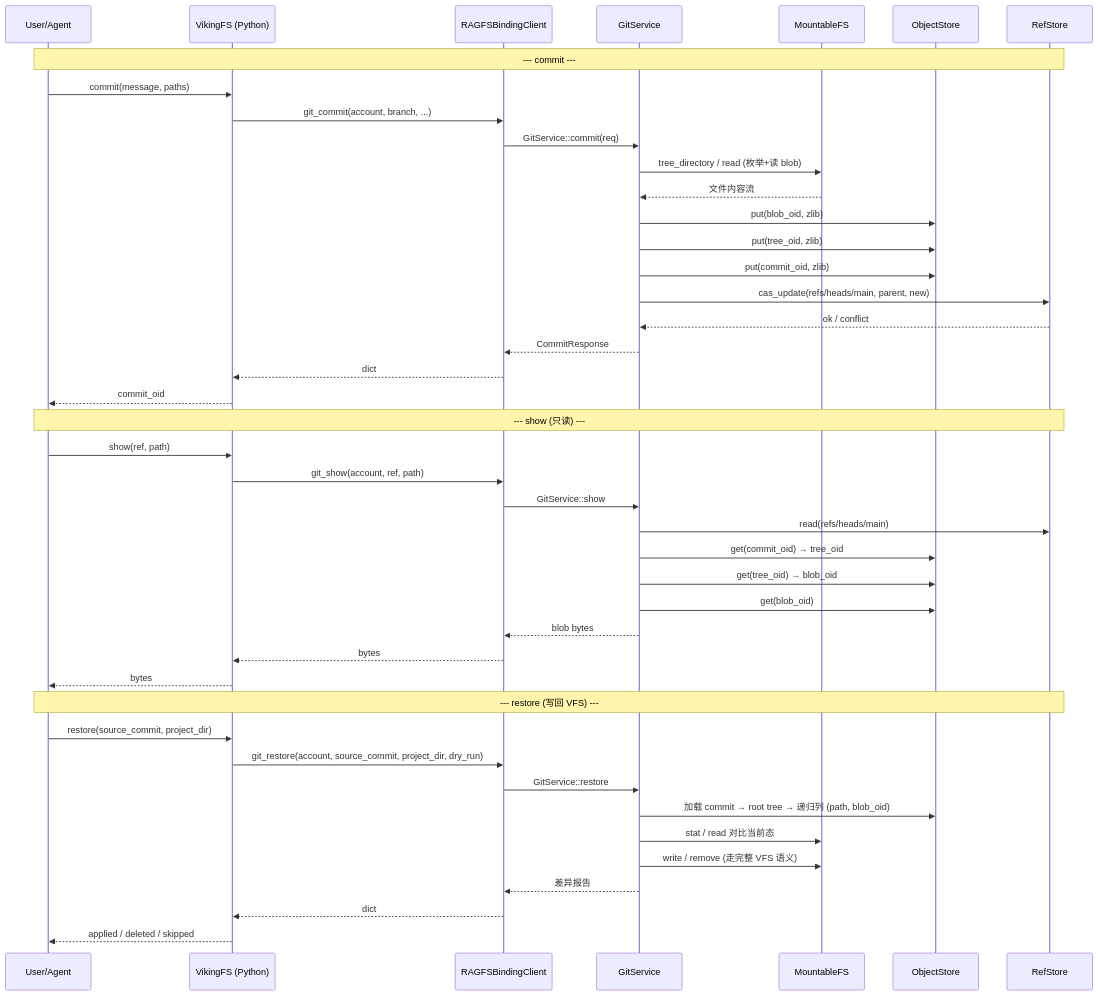
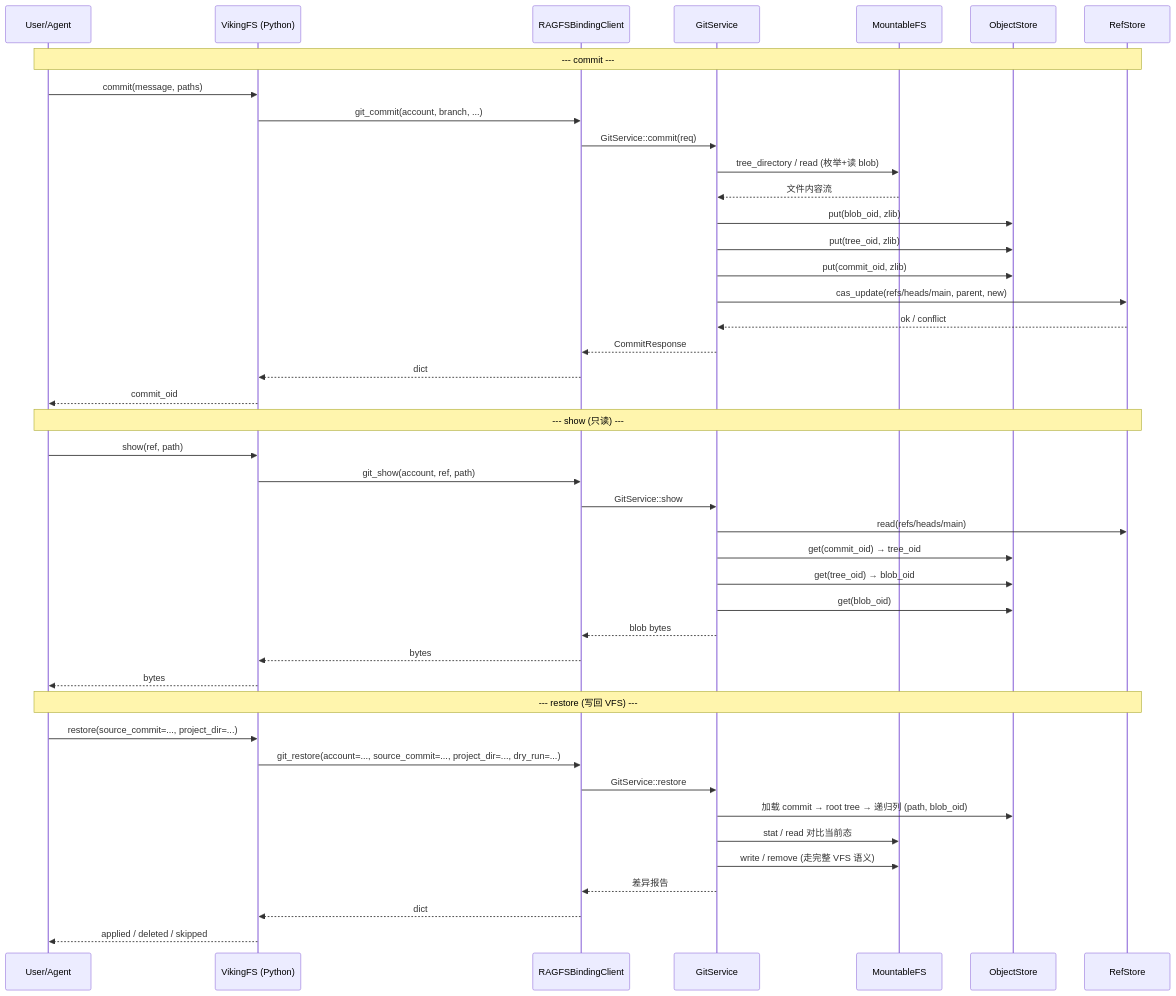
The second of 3 diagrams in docs/design/git-version-control-design.md (doublespring168/OpenViking), drawn with Mermaid before and after one commit. The commit also changed other lines of this file and 4 other files, not shown here.

````diff
--- a/docs/design/git-version-control-design.md
+++ b/docs/design/git-version-control-design.md
@@ -98,48 +97,48 @@
 ```mermaid
 sequenceDiagram
     participant U as User/Agent
     participant V as VikingFS (Python)
     participant B as RAGFSBindingClient
     participant G as GitService
     participant M as MountableFS
     participant O as ObjectStore
     participant R as RefStore
 
     Note over U,R: --- commit ---
     U->>V: commit(message, paths)
     V->>B: git_commit(account, branch, ...)
     B->>G: GitService::commit(req)
     G->>M: tree_directory / read (枚举+读 blob)
     M-->>G: 文件内容流
     G->>O: put(blob_oid, zlib)
     G->>O: put(tree_oid, zlib)
     G->>O: put(commit_oid, zlib)
     G->>R: cas_update(refs/heads/main, parent, new)
     R-->>G: ok / conflict
     G-->>B: CommitResponse
     B-->>V: dict
     V-->>U: commit_oid
 
     Note over U,R: --- show (只读) ---
     U->>V: show(ref, path)
     V->>B: git_show(account, ref, path)
     B->>G: GitService::show
     G->>R: read(refs/heads/main)
     G->>O: get(commit_oid) → tree_oid
     G->>O: get(tree_oid) → blob_oid
     G->>O: get(blob_oid)
     G-->>B: blob bytes
     B-->>V: bytes
     V-->>U: bytes
 
     Note over U,R: --- restore (写回 VFS) ---
-    U->>V: restore(source_commit, project_dir)
-    V->>B: git_restore(account, source_commit, project_dir, dry_run)
+    U->>V: restore(source_commit=..., project_dir=...)
+    V->>B: git_restore(account=..., source_commit=..., project_dir=..., dry_run=...)
     B->>G: GitService::restore
     G->>O: 加载 commit → root tree → 递归列 (path, blob_oid)
     G->>M: stat / read 对比当前态
     G->>M: write / remove (走完整 VFS 语义)
     G-->>B: 差异报告
     B-->>V: dict
     V-->>U: applied / deleted / skipped
 ```
````
